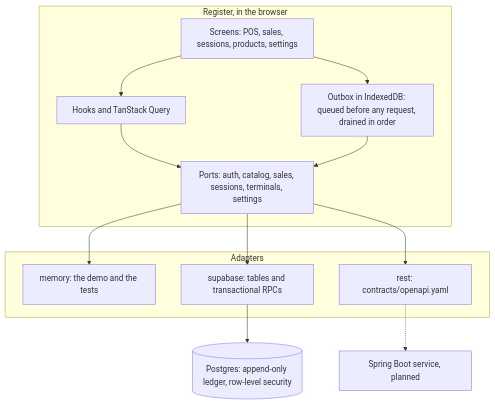
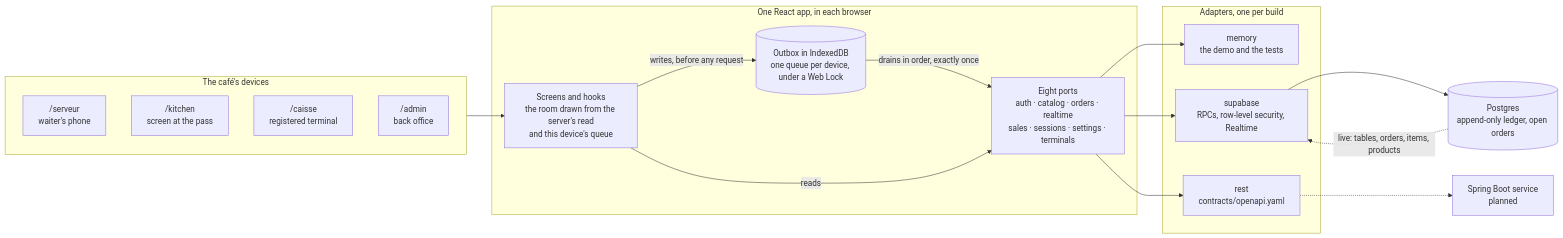
One commit to benabderrahmenmohamed/Admindashboardforcassmachine changed the first of 2 diagrams in README.md. Above: the diagram before and after it, drawn with Mermaid. The commit also changed other lines of this file and 15 other files, not shown here.

````diff
--- a/README.md
+++ b/README.md
@@ -44,28 +54,35 @@
 ```mermaid
-flowchart TB
-  subgraph register["Register, in the browser"]
-    screens["Screens: POS, sales, sessions, products, settings"]
-    hooks["Hooks and TanStack Query"]
-    outbox["Outbox in IndexedDB: queued before any request, drained in order"]
-    ports["Ports: auth, catalog, sales, sessions, terminals, settings"]
+flowchart LR
+  subgraph cafe["The café's devices"]
+    serveur["/serveur<br/>waiter's phone"]
+    kitchen["/kitchen<br/>screen at the pass"]
+    caisse["/caisse<br/>registered terminal"]
+    admin["/admin<br/>back office"]
   end
 
-  subgraph adapters["Adapters"]
-    memory["memory: the demo and the tests"]
-    supabase["supabase: tables and transactional RPCs"]
-    rest["rest: contracts/openapi.yaml"]
+  subgraph app["One React app, in each browser"]
+    screens["Screens and hooks<br/>the room drawn from the server's read<br/>and this device's queue"]
+    outbox[("Outbox in IndexedDB<br/>one queue per device, under a Web Lock")]
+    ports["Eight ports<br/>auth · catalog · orders · realtime<br/>sales · sessions · settings · terminals"]
   end
 
-  postgres[("Postgres: append-only ledger, row-level security")]
-  service["Spring Boot service, planned"]
+  subgraph adapters["Adapters, one per build"]
+    memory["memory<br/>the demo and the tests"]
+    supabase["supabase<br/>RPCs, row-level security, Realtime"]
+    rest["rest<br/>contracts/openapi.yaml"]
+  end
 
-  screens --> hooks
-  hooks --> ports
-  screens --> outbox
-  outbox --> ports
+  postgres[("Postgres<br/>append-only ledger, open orders")]
+  service["Spring Boot service<br/>planned"]
+
+  cafe --> screens
+  screens -->|"writes, before any request"| outbox
+  outbox -->|"drains in order, exactly once"| ports
+  screens -->|reads| ports
   ports --> memory
   ports --> supabase
   ports --> rest
   supabase --> postgres
+  postgres -.->|"live: tables, orders, items, products"| supabase
   rest -.-> service
 ```
````
